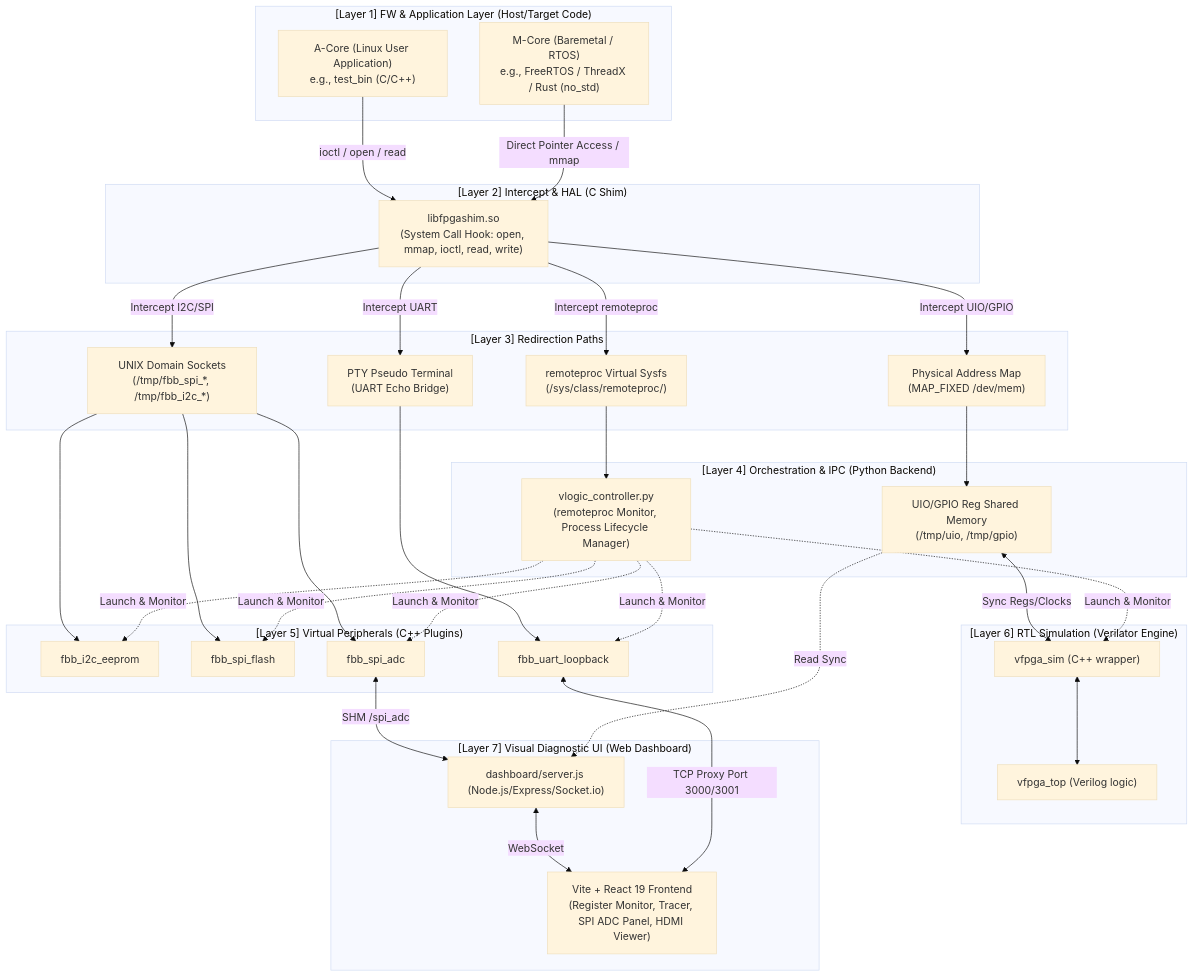
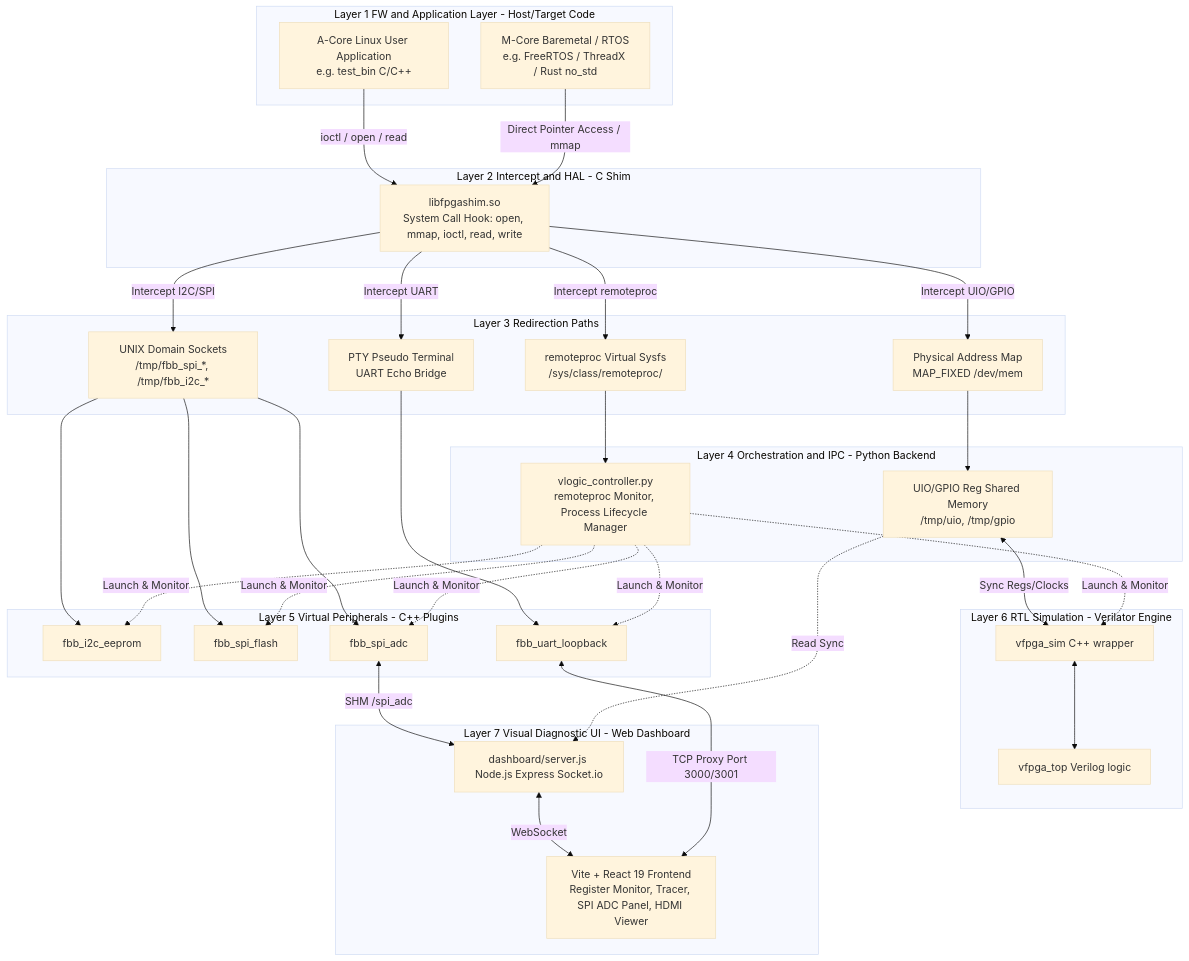
One commit to sirosiro/FPGA-BoardlessBench changed the diagram in ARCHITECTURE_MANIFEST.md. Above: the diagram before and after it, drawn with Mermaid (base theme).

Commit message:
docs(manifest): fix Mermaid syntax parsing issues on Github

````diff
--- a/ARCHITECTURE_MANIFEST.md
+++ b/ARCHITECTURE_MANIFEST.md
@@ -343,71 +343,71 @@
 ```mermaid
 graph TD
     %% 1. FW Layer
-    subgraph FW_Layer["[Layer 1] FW & Application Layer (Host/Target Code)"]
-        ACore["A-Core (Linux User Application)<br/>e.g., test_bin (C/C++)"]
-        MCore["M-Core (Baremetal / RTOS)<br/>e.g., FreeRTOS / ThreadX / Rust (no_std)"]
+    subgraph FW_Layer["Layer 1 FW and Application Layer - Host/Target Code"]
+        ACore["A-Core Linux User Application<br/>e.g. test_bin C/C++"]
+        MCore["M-Core Baremetal / RTOS<br/>e.g. FreeRTOS / ThreadX / Rust no_std"]
     end
 
     %% 2. Shim Layer
-    subgraph Shim_Layer["[Layer 2] Intercept & HAL (C Shim)"]
-        Shim["libfpgashim.so<br/>(System Call Hook: open, mmap, ioctl, read, write)"]
+    subgraph Shim_Layer["Layer 2 Intercept and HAL - C Shim"]
+        Shim["libfpgashim.so<br/>System Call Hook: open, mmap, ioctl, read, write"]
     end
 
     %% 3. Communication/Redirection
-    subgraph Rel_Layer["[Layer 3] Redirection Paths"]
-        Path_MEM["Physical Address Map<br/>(MAP_FIXED /dev/mem)"]
-        Path_Sock["UNIX Domain Sockets<br/>(/tmp/fbb_spi_*, /tmp/fbb_i2c_*)"]
-        Path_PTY["PTY Pseudo Terminal<br/>(UART Echo Bridge)"]
-        Path_Remoteproc["remoteproc Virtual Sysfs<br/>(/sys/class/remoteproc/)"]
+    subgraph Rel_Layer["Layer 3 Redirection Paths"]
+        Path_MEM["Physical Address Map<br/>MAP_FIXED /dev/mem"]
+        Path_Sock["UNIX Domain Sockets<br/>/tmp/fbb_spi_*, /tmp/fbb_i2c_*"]
+        Path_PTY["PTY Pseudo Terminal<br/>UART Echo Bridge"]
+        Path_Remoteproc["remoteproc Virtual Sysfs<br/>/sys/class/remoteproc/"]
     end
 
     %% 4. Control & IPC Layer
-    subgraph Control_Layer["[Layer 4] Orchestration & IPC (Python Backend)"]
-        SHM_UIO["UIO/GPIO Reg Shared Memory<br/>(/tmp/uio, /tmp/gpio)"]
-        Controller["vlogic_controller.py<br/>(remoteproc Monitor, Process Lifecycle Manager)"]
+    subgraph Control_Layer["Layer 4 Orchestration and IPC - Python Backend"]
+        SHM_UIO["UIO/GPIO Reg Shared Memory<br/>/tmp/uio, /tmp/gpio"]
+        Controller["vlogic_controller.py<br/>remoteproc Monitor, Process Lifecycle Manager"]
     end
 
     %% 5. Peripherals (C++ processes)
-    subgraph Peripheral_Layer["[Layer 5] Virtual Peripherals (C++ Plugins)"]
+    subgraph Peripheral_Layer["Layer 5 Virtual Peripherals - C++ Plugins"]
         V_I2C["fbb_i2c_eeprom"]
         V_SPI_Flash["fbb_spi_flash"]
         V_SPI_ADC["fbb_spi_adc"]
         V_UART["fbb_uart_loopback"]
     end
 
     %% 6. RTL Sim Layer
-    subgraph RTL_Layer["[Layer 6] RTL Simulation (Verilator Engine)"]
-        Sim_Main["vfpga_sim (C++ wrapper)"]
-        RTL["vfpga_top (Verilog logic)"]
+    subgraph RTL_Layer["Layer 6 RTL Simulation - Verilator Engine"]
+        Sim_Main["vfpga_sim C++ wrapper"]
+        RTL["vfpga_top Verilog logic"]
     end
 
     %% 7. Web Dashboard Layer
-    subgraph Web_Layer["[Layer 7] Visual Diagnostic UI (Web Dashboard)"]
-        WebServer["dashboard/server.js (Node.js/Express/Socket.io)"]
-        ReactUI["Vite + React 19 Frontend<br/>(Register Monitor, Tracer, SPI ADC Panel, HDMI Viewer)"]
+    subgraph Web_Layer["Layer 7 Visual Diagnostic UI - Web Dashboard"]
+        WebServer["dashboard/server.js Node.js Express Socket.io"]
+        ReactUI["Vite + React 19 Frontend<br/>Register Monitor, Tracer, SPI ADC Panel, HDMI Viewer"]
     end
 
     %% Data/Control Flows
     ACore -->|ioctl / open / read| Shim
     MCore -->|Direct Pointer Access / mmap| Shim
     
     Shim -->|Intercept UIO/GPIO| Path_MEM
     Shim -->|Intercept I2C/SPI| Path_Sock
     Shim -->|Intercept UART| Path_PTY
     Shim -->|Intercept remoteproc| Path_Remoteproc
 
     Path_MEM --> SHM_UIO
     Path_Sock --> V_I2C & V_SPI_Flash & V_SPI_ADC
     Path_PTY --> V_UART
     Path_Remoteproc --> Controller
 
     V_SPI_ADC <-->|SHM /spi_adc| WebServer
 
     SHM_UIO <-->|Sync Regs/Clocks| Sim_Main
     Sim_Main <--> RTL
     Controller -.->|Launch & Monitor| Sim_Main & V_I2C & V_SPI_Flash & V_SPI_ADC & V_UART
 
     SHM_UIO -.->|Read Sync| WebServer
     WebServer <-->|WebSocket| ReactUI
     V_UART <-->|TCP Proxy Port 3000/3001| ReactUI
 ```
````
